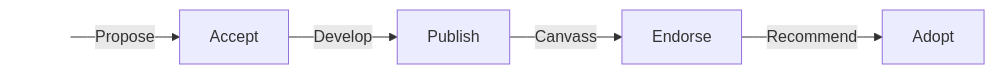
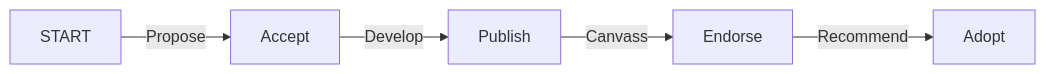
Before and after one commit to scientific-python/specs: the diagram in purpose-and-process/_index.md, drawn with Mermaid.

Commit message:
Fix START node for SPECs purpose flowchart (#415)
I've removed an unnecessary style and empty label from the Mermaid
flowchart on the SPECs Purpose and Process page. See screenshot in
https://github.com/scientific-python/specs/issues/396#issue-3130461887
and a fix in
https://github.com/scientific-python/specs/issues/396#issuecomment-3663579126.
This PR partially addresses an issue I noticed there; the styling for
Mermaid diagrams to suit dark mode colours is being discussed in
https://github.com/scientific-python/scientific-python-hugo-theme/issues/593.

<table>
<tr>
 <td> <p align="center"> Before
 <td> <p align="center"> After

<tr>
<td> <br><img width="2184" height="225" alt="image"
src="https://github.com/user-attachments/assets/d7590aab-6a53-4161-b42a-6c94dbe87d2b"
/><br><br>
<td> <br><img width="2184" height="225" alt="image"
src="https://github.com/user-attachments/assets/4eeda77a-2456-44a1-abc9-40a74ce72fe3"
/><br><br>
</table>

````diff
--- a/purpose-and-process/_index.md
+++ b/purpose-and-process/_index.md
@@ -120,16 +120,14 @@
 ```mermaid
 graph LR
 
-START[ ]--> |Propose| A[Accept]
+START--> |Propose| A[Accept]
 A--> |Develop| B[Publish]
 B--> |Canvass| C[Endorse]
 C--> |Recommend| D[Adopt]
 
 click A callback "Steering Committee Action"
 click B callback "Author Action"
 click C callback "Core Project Action"
 click D callback "Ecosystem Action"
 
-style START fill:#FFFFFF, stroke:#FFFFFF;
-
 ```
````
